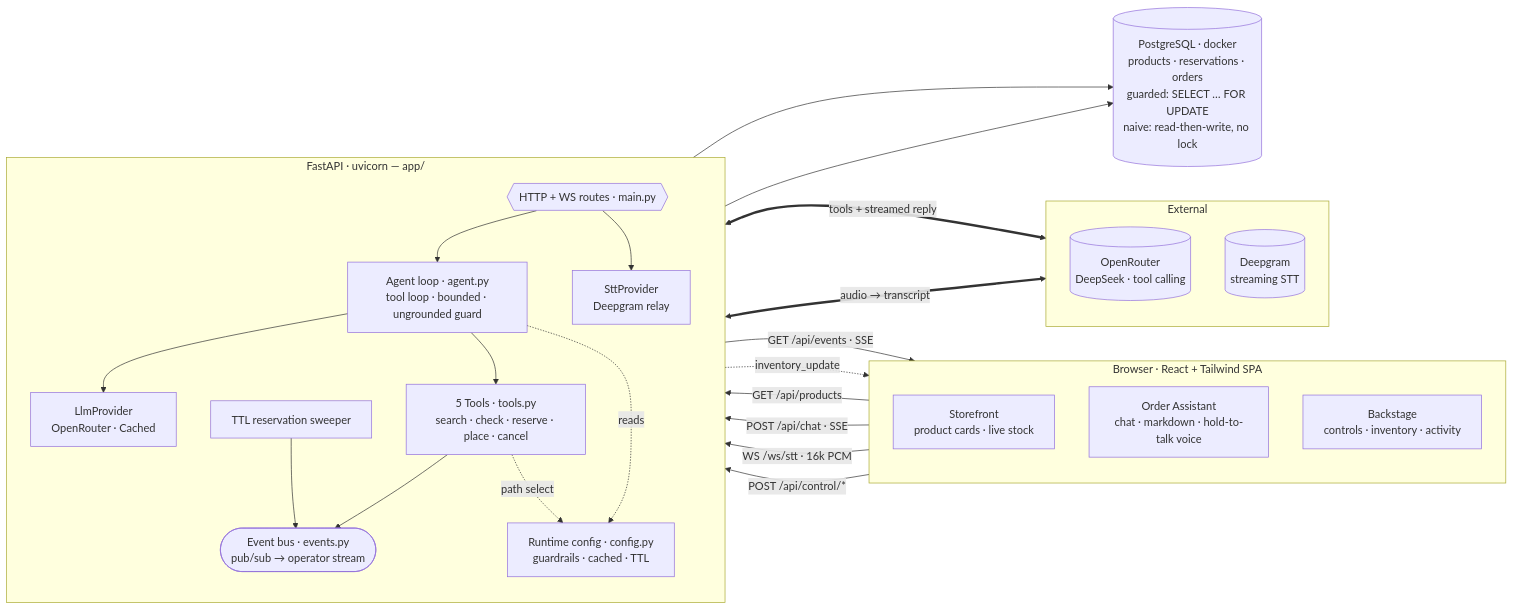
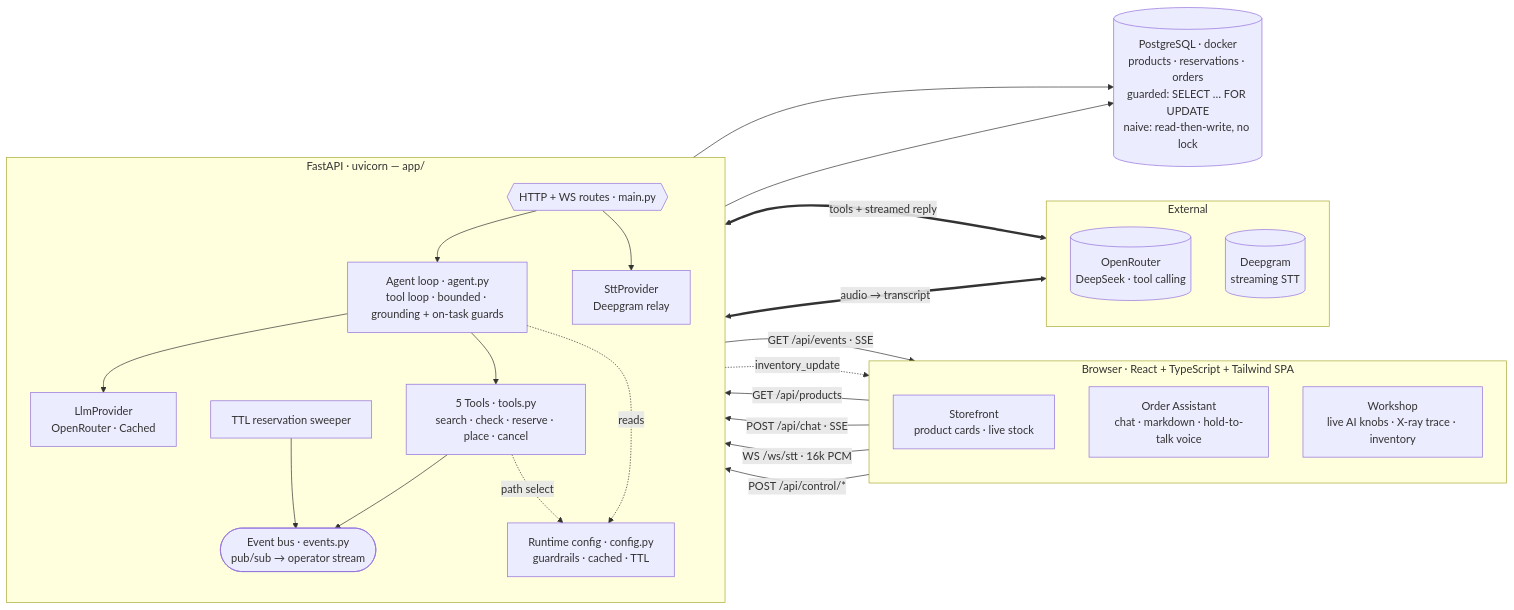
The diagram in docs/architecture.md (IfeOlulesi/abeg), drawn with Mermaid before and after one commit. The commit also changed 12 other files, not shown here.

````diff
--- a/docs/architecture.md
+++ b/docs/architecture.md
@@ -13,50 +13,50 @@
 ```mermaid
 flowchart LR
-  subgraph Browser["Browser · React + Tailwind SPA"]
+  subgraph Browser["Browser · React + TypeScript + Tailwind SPA"]
     direction TB
     SF["Storefront<br/>product cards · live stock"]
     CH["Order Assistant<br/>chat · markdown · hold-to-talk voice"]
-    BS["Backstage<br/>controls · inventory · activity"]
+    BS["Workshop<br/>live AI knobs · X-ray trace · inventory"]
   end
 
   subgraph API["FastAPI · uvicorn — app/"]
     direction TB
     R{{"HTTP + WS routes · main.py"}}
-    AG["Agent loop · agent.py<br/>tool loop · bounded · ungrounded guard"]
+    AG["Agent loop · agent.py<br/>tool loop · bounded · grounding + on-task guards"]
     TL["5 Tools · tools.py<br/>search · check · reserve · place · cancel"]
     EB(["Event bus · events.py<br/>pub/sub → operator stream"])
     CFG["Runtime config · config.py<br/>guardrails · cached · TTL"]
     SW["TTL reservation sweeper"]
     LLM["LlmProvider<br/>OpenRouter · Cached"]
     STT["SttProvider<br/>Deepgram relay"]
   end
 
   subgraph EXT["External"]
     direction TB
     OR[("OpenRouter<br/>DeepSeek · tool calling")]
     DG[("Deepgram<br/>streaming STT")]
   end
 
   DB[("PostgreSQL · docker<br/>products · reservations · orders<br/>guarded: SELECT … FOR UPDATE<br/>naive: read-then-write, no lock")]
 
   SF -->|"GET /api/products"| R
   CH -->|"POST /api/chat · SSE"| R
   CH -->|"WS /ws/stt · 16k PCM"| R
   BS -->|"POST /api/control/*"| R
   EB -->|"GET /api/events · SSE"| BS
   EB -.->|"inventory_update"| SF
 
   R --> AG
   R --> STT
   AG --> LLM
   AG --> TL
   TL --> DB
   TL --> EB
   AG -.->|reads| CFG
   TL -.->|path select| CFG
   SW --> DB
   SW --> EB
 
   LLM <==>|"tools + streamed reply"| OR
   STT <==>|"audio → transcript"| DG
 ```
````
